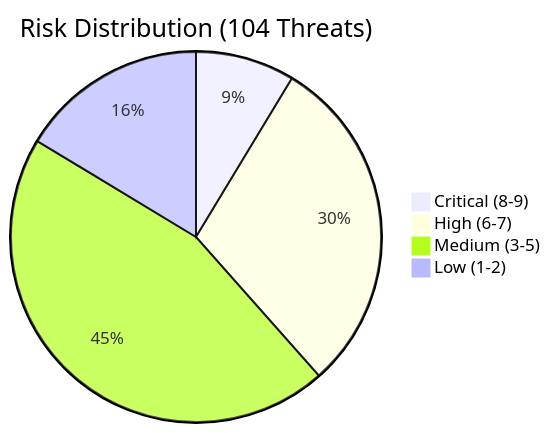
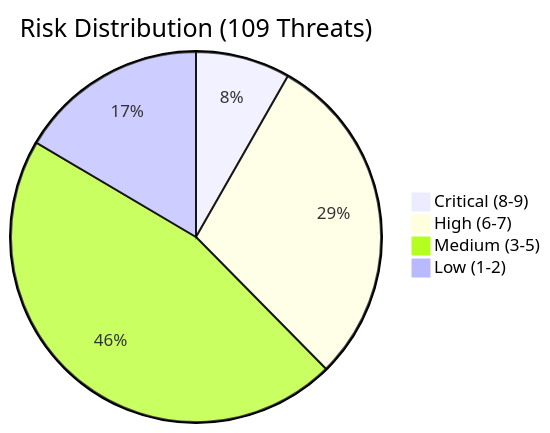
Before and after one commit to aws-solutions-library-samples/accelerated-intelligent-document-processing-on-aws: the diagram in security/threat-modeling/risk-assessment/risk-matrix.md, drawn with Mermaid. The commit also changed other lines of this file and 18 other files, not shown here.

````diff
--- a/security/threat-modeling/risk-assessment/risk-matrix.md
+++ b/security/threat-modeling/risk-assessment/risk-matrix.md
@@ -177,7 +182,7 @@
 ```mermaid
-pie title Risk Distribution (104 Threats)
+pie title Risk Distribution (109 Threats)
     "Critical (8-9)" : 9
-    "High (6-7)" : 31
-    "Medium (3-5)" : 47
-    "Low (1-2)" : 17
+    "High (6-7)" : 32
+    "Medium (3-5)" : 50
+    "Low (1-2)" : 18
 ```
````
